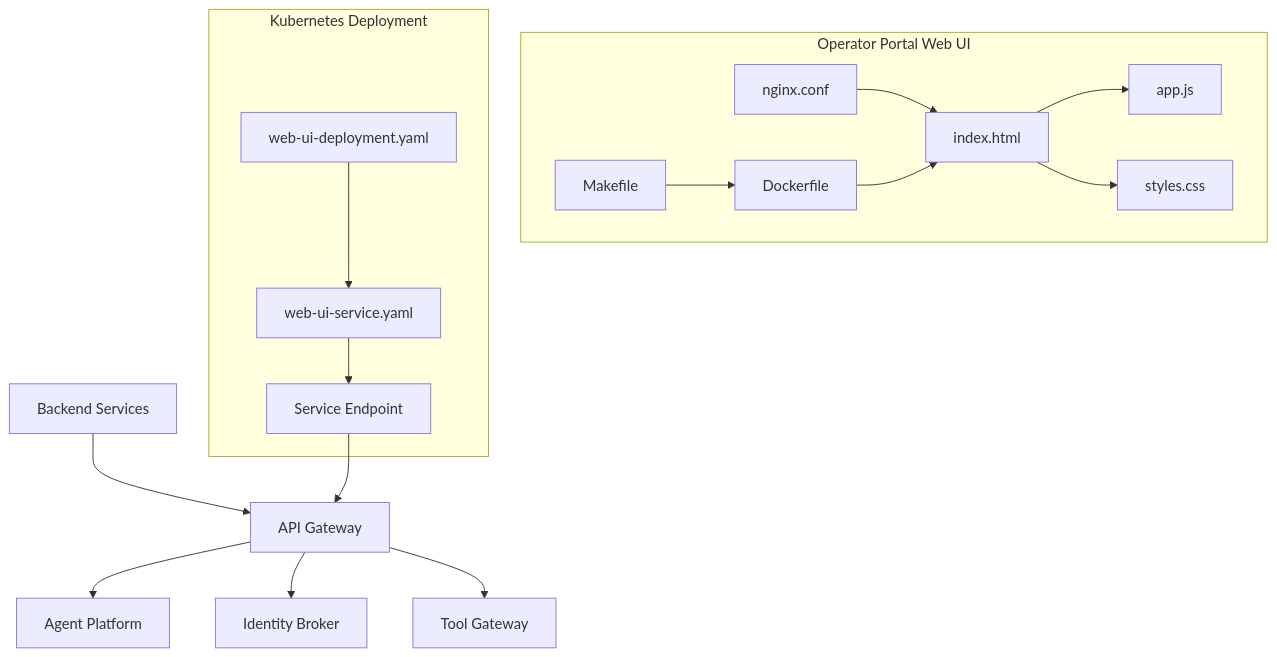
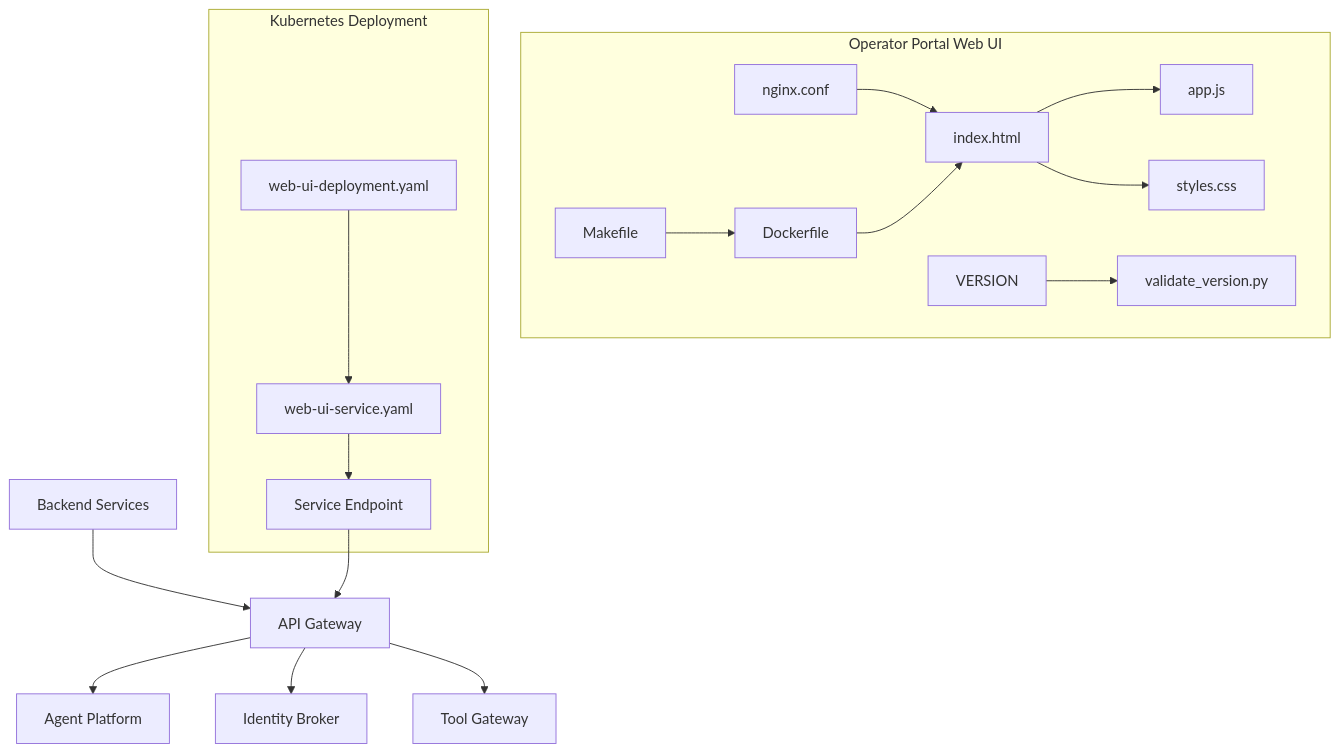
The first of 2 diagrams in .qoder/repowiki/en/content/Operator Portal.md (metasync/luban-aiops), drawn with Mermaid before and after one commit. The commit also changed other lines of this file and 4 other files, not shown here.

````diff
--- a/.qoder/repowiki/en/content/Operator Portal.md
+++ b/.qoder/repowiki/en/content/Operator Portal.md
@@ -56,19 +56,20 @@
 ```mermaid
 graph TB
 subgraph "Operator Portal Web UI"
 A[index.html] --> B[app.js]
 A --> C[styles.css]
 D[nginx.conf] --> A
 E[Dockerfile] --> A
 F[Makefile] --> E
+G[VERSION] --> H[validate_version.py]
 end
 subgraph "Kubernetes Deployment"
-G[web-ui-deployment.yaml] --> H[web-ui-service.yaml]
-H --> I[Service Endpoint]
+I[web-ui-deployment.yaml] --> J[web-ui-service.yaml]
+J --> K[Service Endpoint]
 end
-J[Backend Services] --> K[API Gateway]
-K --> L[Agent Platform]
-K --> M[Identity Broker]
-K --> N[Tool Gateway]
-I --> K
+L[Backend Services] --> M[API Gateway]
+M --> N[Agent Platform]
+M --> O[Identity Broker]
+M --> P[Tool Gateway]
+K --> M
 ```
````
